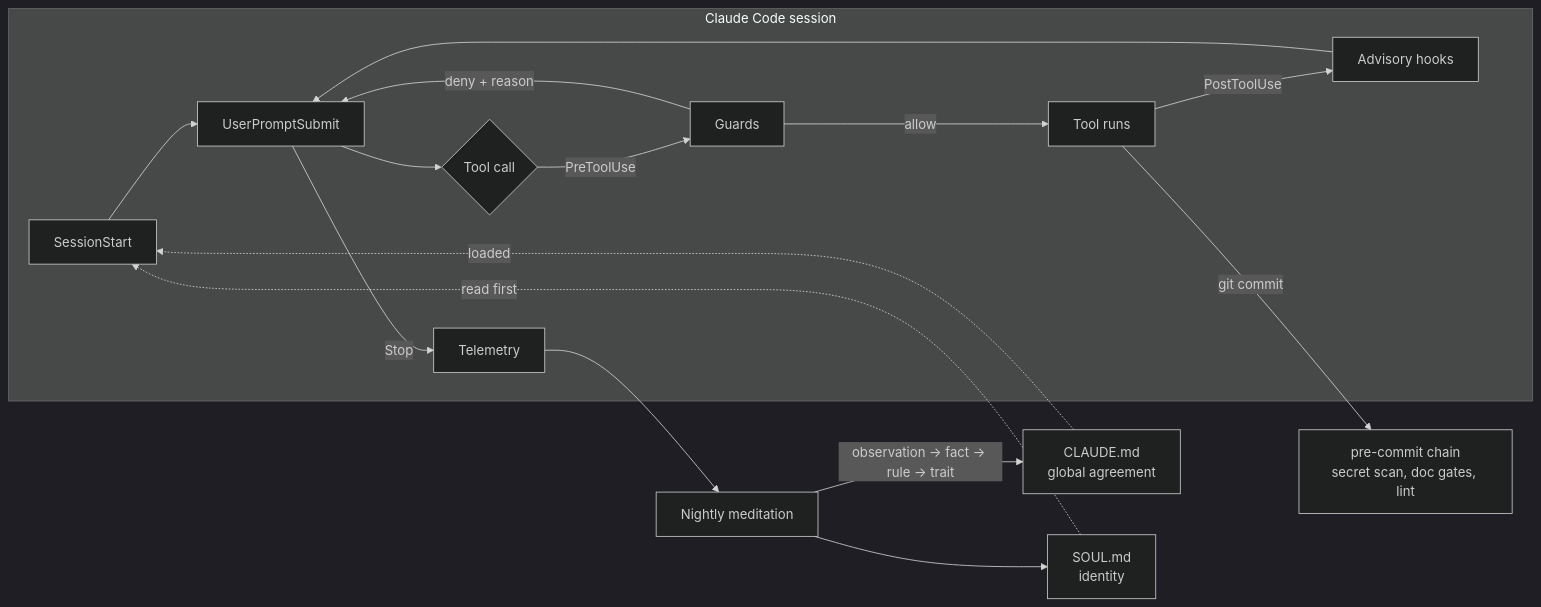
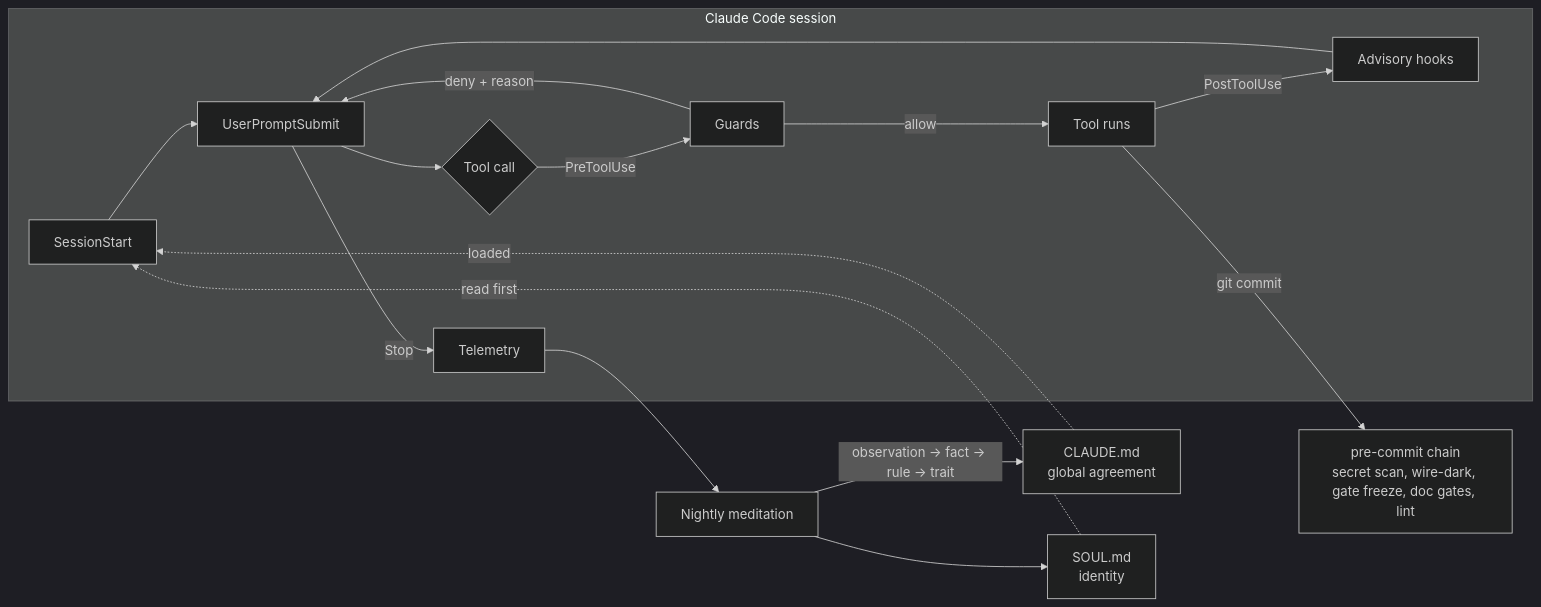
The first of 2 diagrams in README.md (ucsandman/claude-harness), drawn with Mermaid (dark theme) before and after one commit. The commit also changed other lines of this file and 8 other files, not shown here.

````diff
--- a/README.md
+++ b/README.md
@@ -78,19 +89,19 @@
 ```mermaid
 flowchart LR
     subgraph session["Claude Code session"]
         S[SessionStart] --> P[UserPromptSubmit]
         P --> T{Tool call}
         T -->|PreToolUse| G[Guards]
         G -->|allow| X[Tool runs]
         G -->|deny + reason| P
         X -->|PostToolUse| A[Advisory hooks]
         A --> P
         P -->|Stop| L[Telemetry]
     end
     C[CLAUDE.md<br/>global agreement] -.loaded.-> S
     SOUL[SOUL.md<br/>identity] -.read first.-> S
     L --> M[Nightly meditation]
     M -->|observation → fact → rule → trait| C
     M --> SOUL
-    X -->|git commit| H[pre-commit chain<br/>secret scan, doc gates, lint]
+    X -->|git commit| H[pre-commit chain<br/>secret scan, wire-dark, gate freeze, doc gates, lint]
 ```
````
